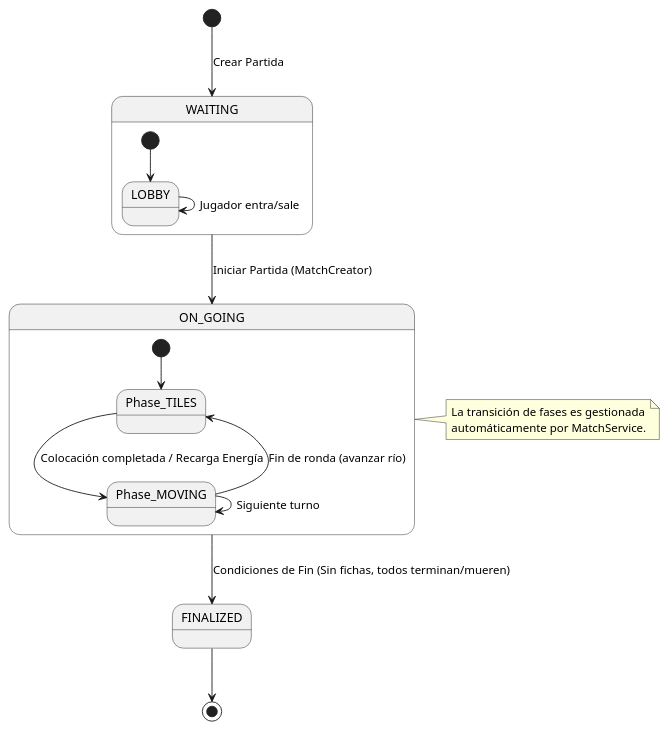
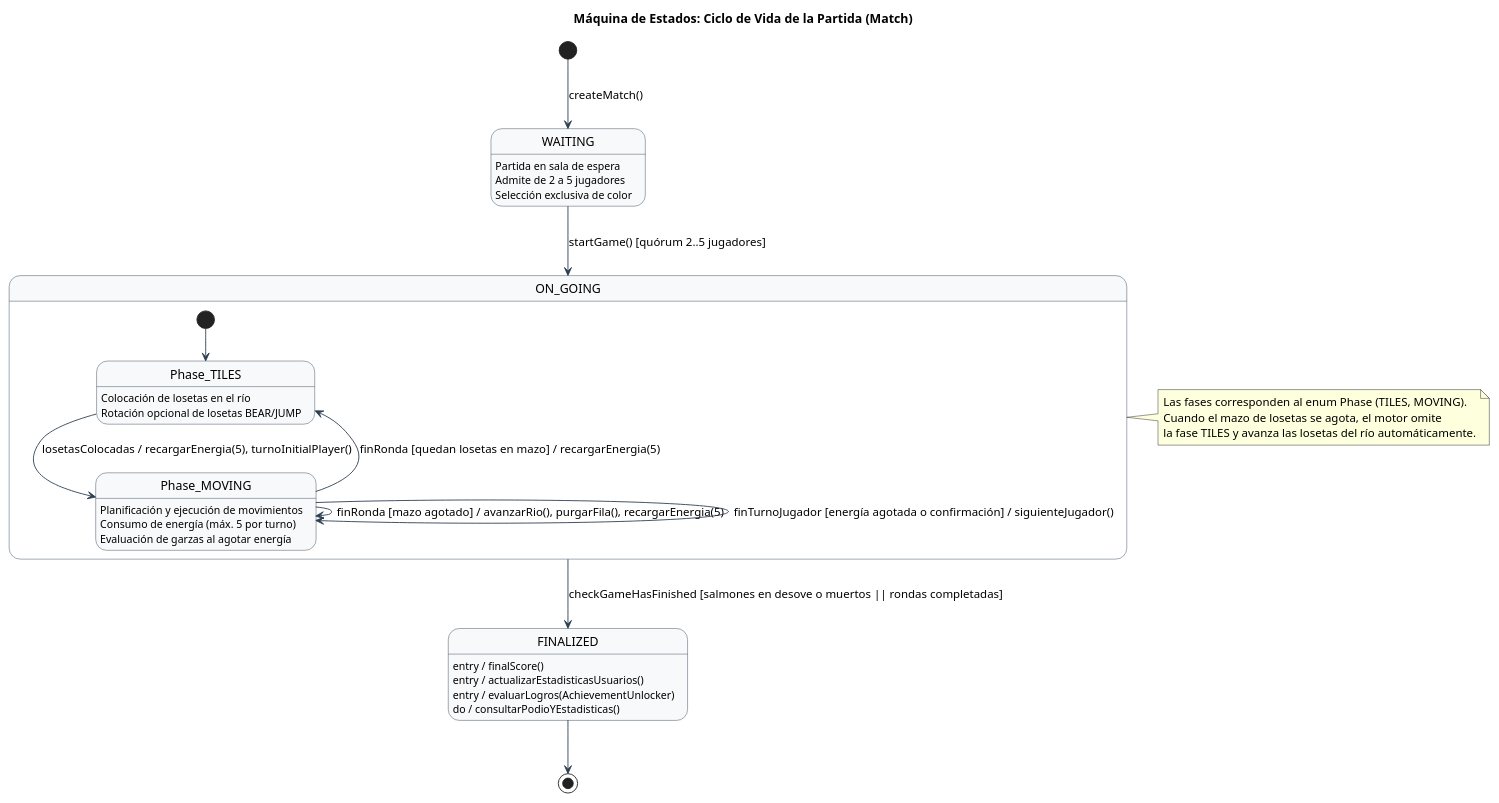
Before and after one commit to Ignacio0407/Upstream-Board-Game: the diagram in docs/design-TFG/02_Estado_ciclo_partida.puml, drawn with PlantUML. The commit also changed 97 other files, not shown here.

First line of the commit message:
docs: :memo: Improved existing diagrams, added seven more and changed their order

```diff
--- a/docs/design-TFG/02_Estado_ciclo_partida.puml
+++ b/docs/design-TFG/02_Estado_ciclo_partida.puml
@@ -1,25 +1,59 @@
 @startuml
-[*] --> WAITING : Crear Partida
+skinparam shadowing false
+skinparam state {
+    BackgroundColor #F8F9FA
+    BorderColor #2C3E50
+    ArrowColor #2C3E50
+}
+
+title Máquina de Estados: Ciclo de Vida de la Partida (Match)
+
+[*] --> WAITING : createMatch()
 
 state WAITING {
-    [*] --> LOBBY
-    LOBBY --> LOBBY : Jugador entra/sale
+    WAITING : Partida en sala de espera
+    WAITING : Admite de 2 a 5 jugadores
+    WAITING : Selección exclusiva de color
 }
 
-WAITING --> ON_GOING : Iniciar Partida (MatchCreator)
+WAITING --> ON_GOING : startGame() [quórum 2..5 jugadores]
 
 state ON_GOING {
     [*] --> Phase_TILES
-    Phase_TILES --> Phase_MOVING : Colocación completada / Recarga Energía
-    Phase_MOVING --> Phase_TILES : Fin de ronda (avanzar río)
-    Phase_MOVING --> Phase_MOVING : Siguiente turno
+    
+    state Phase_TILES {
+        Phase_TILES : Colocación de losetas en el río
+        Phase_TILES : Rotación opcional de losetas BEAR/JUMP
+    }
+    
+    state Phase_MOVING {
+        Phase_MOVING : Planificación y ejecución de movimientos
+        Phase_MOVING : Consumo de energía (máx. 5 por turno)
+        Phase_MOVING : Evaluación de garzas al agotar energía
+    }
+    
+    Phase_TILES --> Phase_MOVING : losetasColocadas / recargarEnergia(5), turnoInitialPlayer()
+    
+    Phase_MOVING --> Phase_TILES : finRonda [quedan losetas en mazo] / recargarEnergia(5)
+    Phase_MOVING --> Phase_MOVING : finRonda [mazo agotado] / avanzarRio(), purgarFila(), recargarEnergia(5)
+    Phase_MOVING --> Phase_MOVING : finTurnoJugador [energía agotada o confirmación] / siguienteJugador()
 }
 
-ON_GOING --> FINALIZED : Condiciones de Fin (Sin fichas, todos terminan/mueren)
+ON_GOING --> FINALIZED : checkGameHasFinished [salmones en desove o muertos || rondas completadas]
+
+state FINALIZED {
+    FINALIZED : entry / finalScore()
+    FINALIZED : entry / actualizarEstadisticasUsuarios()
+    FINALIZED : entry / evaluarLogros(AchievementUnlocker)
+    FINALIZED : do / consultarPodioYEstadisticas()
+}
+
 FINALIZED --> [*]
 
 note right of ON_GOING
-  La transición de fases es gestionada
-  automáticamente por MatchService.
+  Las fases corresponden al enum Phase (TILES, MOVING).
+  Cuando el mazo de losetas se agota, el motor omite
+  la fase TILES y avanza las losetas del río automáticamente.
 end note
+
 @enduml
```
